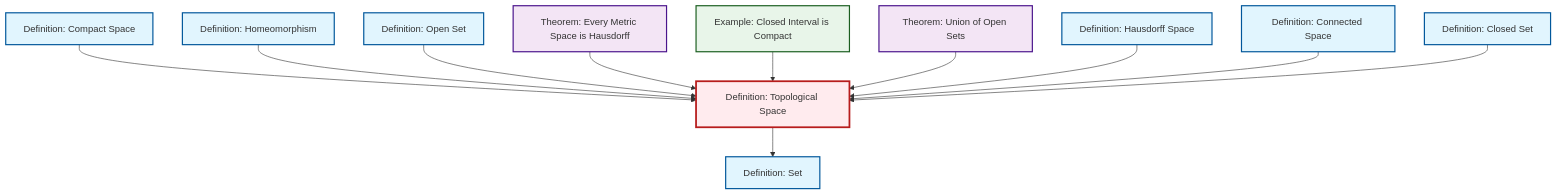
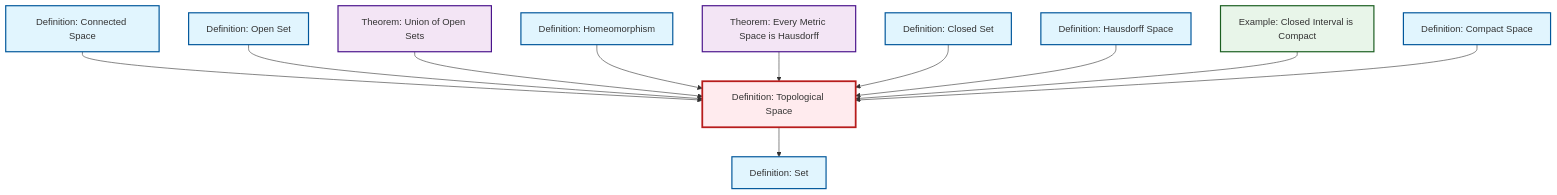
One commit to RK0429/ModernMath changed the diagram in content/ja/topology/def-topological-space.qmd. Above: the diagram before and after it, drawn with Mermaid. The commit also changed other lines of this file and 14 other files, not shown here.

````diff
--- a/content/ja/topology/def-topological-space.qmd
+++ b/content/ja/topology/def-topological-space.qmd
@@ -60,41 +61,41 @@
 ```{mermaid}
 %%| fig-cap: "Local dependency graph"
 graph TD
     classDef definition fill:#e1f5fe,stroke:#01579b,stroke-width:2px
     classDef theorem fill:#f3e5f5,stroke:#4a148c,stroke-width:2px
     classDef axiom fill:#fff3e0,stroke:#e65100,stroke-width:2px
     classDef example fill:#e8f5e9,stroke:#1b5e20,stroke-width:2px
     classDef current fill:#ffebee,stroke:#b71c1c,stroke-width:3px
+    def-set["Definition: Set"]:::definition
+    def-connected["Definition: Connected Space"]:::definition
+    thm-union-open-sets["Theorem: Union of Open Sets"]:::theorem
+    ex-closed-interval-compact["Example: Closed Interval is Compact"]:::example
+    def-open-set["Definition: Open Set"]:::definition
+    def-closed-set["Definition: Closed Set"]:::definition
+    def-hausdorff["Definition: Hausdorff Space"]:::definition
     def-homeomorphism["Definition: Homeomorphism"]:::definition
-    ex-closed-interval-compact["Example: Closed Interval is Compact"]:::example
-    def-hausdorff["Definition: Hausdorff Space"]:::definition
     def-compact["Definition: Compact Space"]:::definition
     thm-metric-hausdorff["Theorem: Every Metric Space is Hausdorff"]:::theorem
     def-topological-space["Definition: Topological Space"]:::definition
-    thm-union-open-sets["Theorem: Union of Open Sets"]:::theorem
-    def-set["Definition: Set"]:::definition
-    def-closed-set["Definition: Closed Set"]:::definition
-    def-open-set["Definition: Open Set"]:::definition
-    def-connected["Definition: Connected Space"]:::definition
+    def-connected --> def-topological-space
     def-topological-space --> def-set
+    def-open-set --> def-topological-space
+    thm-union-open-sets --> def-topological-space
+    def-homeomorphism --> def-topological-space
+    thm-metric-hausdorff --> def-topological-space
+    def-closed-set --> def-topological-space
+    def-hausdorff --> def-topological-space
+    ex-closed-interval-compact --> def-topological-space
     def-compact --> def-topological-space
-    def-homeomorphism --> def-topological-space
-    def-open-set --> def-topological-space
-    thm-metric-hausdorff --> def-topological-space
-    ex-closed-interval-compact --> def-topological-space
-    thm-union-open-sets --> def-topological-space
-    def-hausdorff --> def-topological-space
-    def-connected --> def-topological-space
-    def-closed-set --> def-topological-space
     class def-topological-space current
+    click def-set "def-set.html" "Definition: Setへ"
+    click def-connected "def-connected.html" "Definition: Connected Spaceへ"
+    click thm-union-open-sets "thm-union-open-sets.html" "Theorem: Union of Open Setsへ"
+    click ex-closed-interval-compact "ex-closed-interval-compact.html" "Example: Closed Interval is Compactへ"
+    click def-open-set "def-open-set.html" "Definition: Open Setへ"
+    click def-closed-set "def-closed-set.html" "Definition: Closed Setへ"
+    click def-hausdorff "def-hausdorff.html" "Definition: Hausdorff Spaceへ"
     click def-homeomorphism "def-homeomorphism.html" "Definition: Homeomorphismへ"
-    click ex-closed-interval-compact "ex-closed-interval-compact.html" "Example: Closed Interval is Compactへ"
-    click def-hausdorff "def-hausdorff.html" "Definition: Hausdorff Spaceへ"
     click def-compact "def-compact.html" "Definition: Compact Spaceへ"
     click thm-metric-hausdorff "thm-metric-hausdorff.html" "Theorem: Every Metric Space is Hausdorffへ"
-    click thm-union-open-sets "thm-union-open-sets.html" "Theorem: Union of Open Setsへ"
-    click def-set "def-set.html" "Definition: Setへ"
-    click def-closed-set "def-closed-set.html" "Definition: Closed Setへ"
-    click def-open-set "def-open-set.html" "Definition: Open Setへ"
-    click def-connected "def-connected.html" "Definition: Connected Spaceへ"
 ```
````
